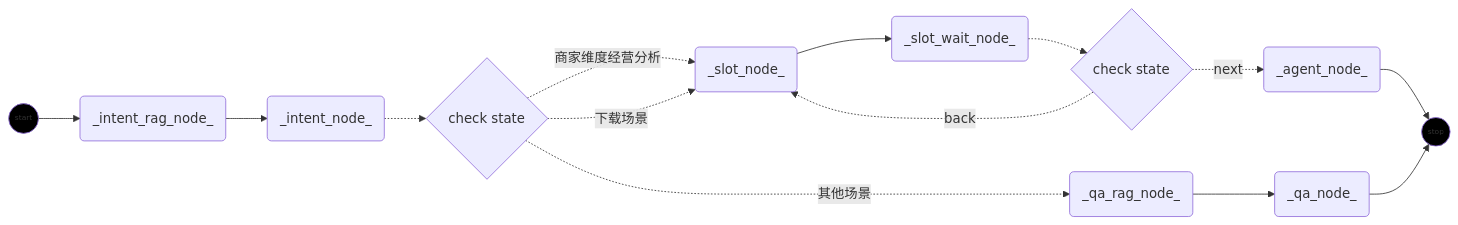
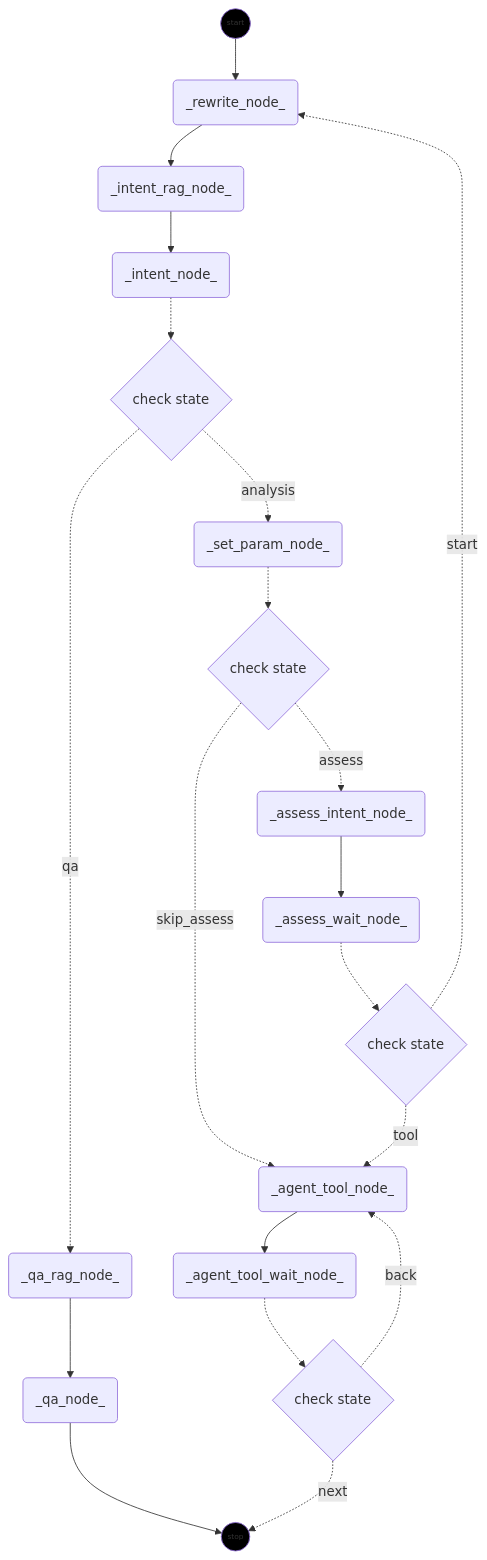
Before and after one commit to wangx-wx/spring-ai: the diagram in graph-example/08-intent-recognition/README.md, drawn with Mermaid. The commit also changed 4 other files, not shown here.

First line of the commit message:
refactor(intent-recognition): 重构意图识别图状态机并集成工具调用

````diff
--- a/graph-example/08-intent-recognition/README.md
+++ b/graph-example/08-intent-recognition/README.md
@@ -5,35 +5,49 @@
 ```mermaid
-flowchart LR
-	__START__((start))
-	__END__((stop))
-	_intent_rag_node_("_intent_rag_node_")
-	_intent_node_("_intent_node_")
-	_slot_node_("_slot_node_")
-	_slot_wait_node_("_slot_wait_node_")
-	_qa_rag_node_("_qa_rag_node_")
-	_qa_node_("_qa_node_")
-	_agent_node_("_agent_node_")
-	condition1{"check state"}
-	condition2{"check state"}
-	__START__:::__START__ --> _intent_rag_node_:::_intent_rag_node_
-	_intent_rag_node_:::_intent_rag_node_ --> _intent_node_:::_intent_node_
-	_intent_node_:::_intent_node_ -.-> condition1:::condition1
-	condition1:::condition1 -.->|其他场景| _qa_rag_node_:::_qa_rag_node_
-	%%	_intent_node_:::_intent_node_ -.->|其他场景| _qa_rag_node_:::_qa_rag_node_
-	condition1:::condition1 -.->|商家维度经营分析| _slot_node_:::_slot_node_
-	%%	_intent_node_:::_intent_node_ -.->|商家维度经营分析| _slot_node_:::_slot_node_
-	condition1:::condition1 -.->|下载场景| _slot_node_:::_slot_node_
-	%%	_intent_node_:::_intent_node_ -.->|下载场景| _slot_node_:::_slot_node_
-	_slot_node_:::_slot_node_ --> _slot_wait_node_:::_slot_wait_node_
-	_slot_wait_node_:::_slot_wait_node_ -.-> condition2:::condition2
-	condition2:::condition2 -.->|next| _agent_node_:::_agent_node_
-	%%	_slot_wait_node_:::_slot_wait_node_ -.->|next| _agent_node_:::_agent_node_
-	condition2:::condition2 -.->|back| _slot_node_:::_slot_node_
-	%%	_slot_wait_node_:::_slot_wait_node_ -.->|back| _slot_node_:::_slot_node_
-	_agent_node_:::_agent_node_ --> __END__:::__END__
-	_qa_rag_node_:::_qa_rag_node_ --> _qa_node_:::_qa_node_
-	_qa_node_:::_qa_node_ --> __END__:::__END__
+flowchart TD
+    __START__((start))
+    __END__((stop))
+    _rewrite_node_("_rewrite_node_")
+    _intent_rag_node_("_intent_rag_node_")
+    _intent_node_("_intent_node_")
+    _qa_rag_node_("_qa_rag_node_")
+    _qa_node_("_qa_node_")
+    _set_param_node_("_set_param_node_")
+    _assess_intent_node_("_assess_intent_node_")
+    _assess_wait_node_("_assess_wait_node_")
+    _agent_tool_node_("_agent_tool_node_")
+    _agent_tool_wait_node_("_agent_tool_wait_node_")
+    condition1{"check state"}
+    condition2{"check state"}
+    condition3{"check state"}
+    condition4{"check state"}
+    __START__:::__START__ --> _rewrite_node_:::_rewrite_node_
+    _rewrite_node_:::_rewrite_node_ --> _intent_rag_node_:::_intent_rag_node_
+    _intent_rag_node_:::_intent_rag_node_ --> _intent_node_:::_intent_node_
+    _intent_node_:::_intent_node_ -.-> condition1:::condition1
+    condition1:::condition1 -.->|qa| _qa_rag_node_:::_qa_rag_node_
+%%	_intent_node_:::_intent_node_ -.->|qa| _qa_rag_node_:::_qa_rag_node_
+    condition1:::condition1 -.->|analysis| _set_param_node_:::_set_param_node_
+%%	_intent_node_:::_intent_node_ -.->|analysis| _set_param_node_:::_set_param_node_
+    _qa_rag_node_:::_qa_rag_node_ --> _qa_node_:::_qa_node_
+    _qa_node_:::_qa_node_ --> __END__:::__END__
+    _set_param_node_:::_set_param_node_ -.-> condition2:::condition2
+    condition2:::condition2 -.->|assess| _assess_intent_node_:::_assess_intent_node_
+%%	_set_param_node_:::_set_param_node_ -.->|assess| _assess_intent_node_:::_assess_intent_node_
+    condition2:::condition2 -.->|skip_assess| _agent_tool_node_:::_agent_tool_node_
+%%	_set_param_node_:::_set_param_node_ -.->|skip_assess| _agent_tool_node_:::_agent_tool_node_
+    _assess_intent_node_:::_assess_intent_node_ --> _assess_wait_node_:::_assess_wait_node_
+    _assess_wait_node_:::_assess_wait_node_ -.-> condition3:::condition3
+    condition3:::condition3 -.->|start| _rewrite_node_:::_rewrite_node_
+%%	_assess_wait_node_:::_assess_wait_node_ -.->|start| _rewrite_node_:::_rewrite_node_
+    condition3:::condition3 -.->|tool| _agent_tool_node_:::_agent_tool_node_
+%%	_assess_wait_node_:::_assess_wait_node_ -.->|tool| _agent_tool_node_:::_agent_tool_node_
+    _agent_tool_node_:::_agent_tool_node_ --> _agent_tool_wait_node_:::_agent_tool_wait_node_
+    _agent_tool_wait_node_:::_agent_tool_wait_node_ -.-> condition4:::condition4
+    condition4:::condition4 -.->|next| __END__:::__END__
+%%	_agent_tool_wait_node_:::_agent_tool_wait_node_ -.->|next| __END__:::__END__
+    condition4:::condition4 -.->|back| _agent_tool_node_:::_agent_tool_node_
+%%	_agent_tool_wait_node_:::_agent_tool_wait_node_ -.->|back| _agent_tool_node_:::_agent_tool_node_
 
-	classDef __START__ fill:black,stroke-width:1px,font-size:xx-small;
-	classDef __END__ fill:black,stroke-width:1px,font-size:xx-small;
+    classDef __START__ fill:black,stroke-width:1px,font-size:xx-small;
+    classDef __END__ fill:black,stroke-width:1px,font-size:xx-small;
 ```
````
